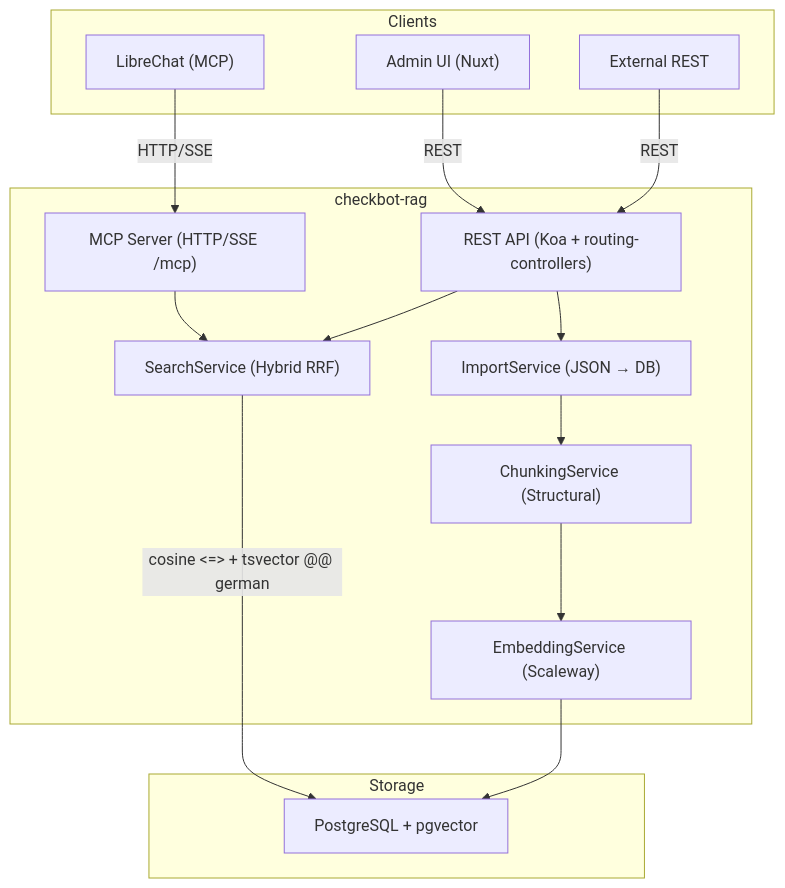
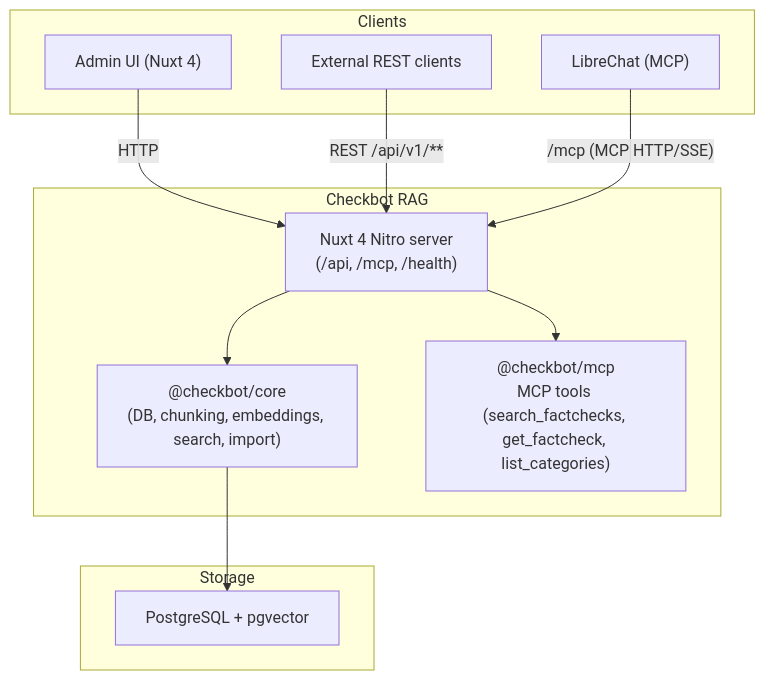
Before and after one commit to faktenforum/checkbot-rag: the diagram in README.md, drawn with Mermaid. The commit also changed other lines of this file and 3 other files, not shown here.

Commit message:
Refactor README files and add package documentation for core, frontend, and MCP. Update Checkbot RAG description, features, and running instructions. Enhance local development setup and clarify environment variables.

````diff
--- a/README.md
+++ b/README.md
@@ -29,30 +75,25 @@
 ```mermaid
 graph TB
   subgraph clients [Clients]
     LibreChat["LibreChat (MCP)"]
-    AdminUI["Admin UI (Nuxt)"]
-    ExtAPI["External REST"]
+    AdminUI["Admin UI (Nuxt 4)"]
+    ExtAPI["External REST clients"]
   end
 
-  subgraph service [checkbot-rag]
-    MCP["MCP Server (HTTP/SSE /mcp)"]
-    REST["REST API (Koa + routing-controllers)"]
-    SearchSvc["SearchService (Hybrid RRF)"]
-    EmbedSvc["EmbeddingService (Scaleway)"]
-    ChunkSvc["ChunkingService (Structural)"]
-    ImportSvc["ImportService (JSON → DB)"]
+  subgraph service [Checkbot RAG]
+    Nuxt["Nuxt 4 Nitro server\n(/api, /mcp, /health)"]
+    Core["@checkbot/core\n(DB, chunking, embeddings, search, import)"]
+    Mcp["@checkbot/mcp\nMCP tools (search_factchecks, get_factcheck, list_categories)"]
   end
 
   subgraph storage [Storage]
     PG["PostgreSQL + pgvector"]
   end
 
-  LibreChat -->|"HTTP/SSE"| MCP
-  AdminUI -->|"REST"| REST
-  ExtAPI -->|"REST"| REST
-  MCP --> SearchSvc
-  REST --> SearchSvc
-  REST --> ImportSvc
-  ImportSvc --> ChunkSvc --> EmbedSvc --> PG
-  SearchSvc -->|"cosine <=> + tsvector @@ german"| PG
+  AdminUI -->|"HTTP"| Nuxt
+  ExtAPI -->|"REST /api/v1/**"| Nuxt
+  LibreChat -->|"/mcp (MCP HTTP/SSE)"| Nuxt
+  Nuxt --> Core
+  Nuxt --> Mcp
+  Core --> PG
 ```
````
